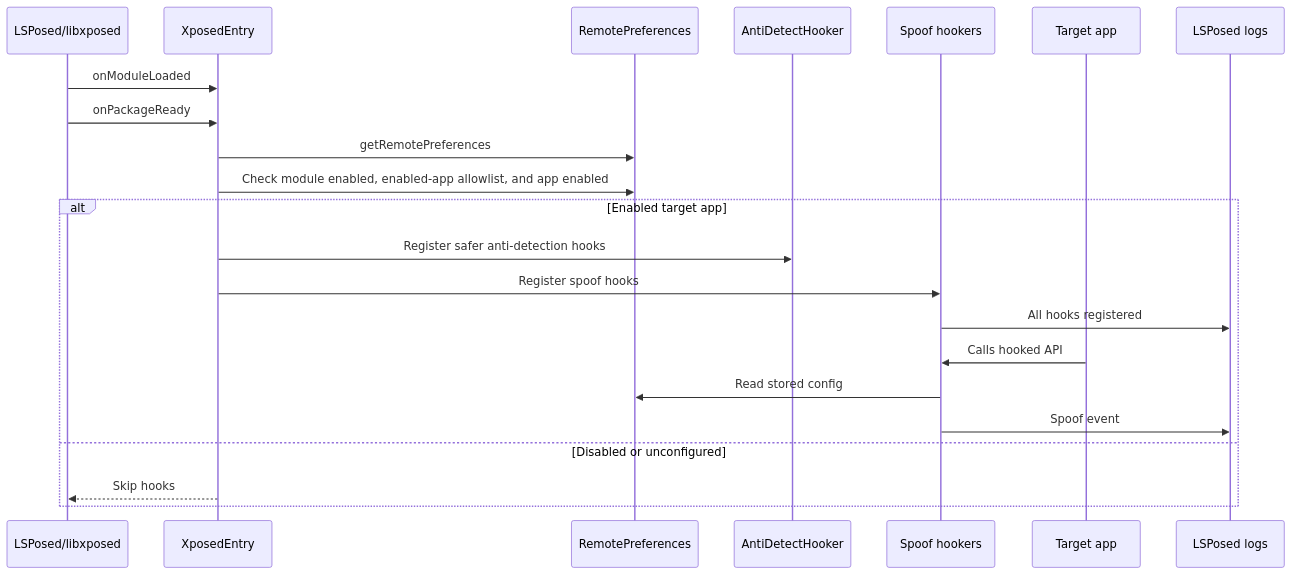
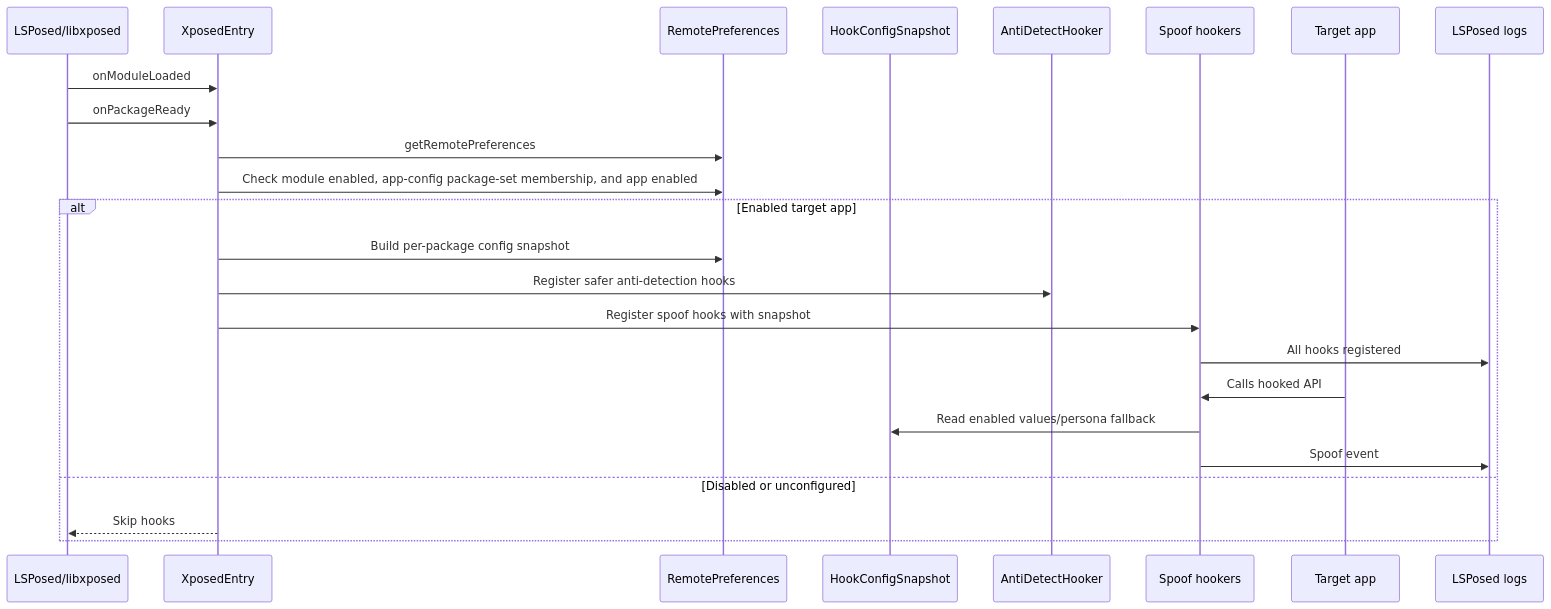
Before and after one commit to mohdakil2426/Device-Masker: the fifth of 7 diagrams in docs/public/ARCHITECTURE.md, drawn with Mermaid. The commit also changed other lines of this file and 16 other files, not shown here.

First line of the commit message:
docs: record performance cleanup architecture

````diff
--- a/docs/public/ARCHITECTURE.md
+++ b/docs/public/ARCHITECTURE.md
@@ -171,25 +172,27 @@
 ```mermaid
 sequenceDiagram
     participant LS as LSPosed/libxposed
     participant Entry as XposedEntry
     participant Prefs as RemotePreferences
+    participant Snapshot as HookConfigSnapshot
     participant Anti as AntiDetectHooker
     participant Hook as Spoof hookers
     participant Target as Target app
     participant Logs as LSPosed logs
 
     LS->>Entry: onModuleLoaded
     LS->>Entry: onPackageReady
     Entry->>Prefs: getRemotePreferences
-    Entry->>Prefs: Check module enabled, enabled-app allowlist, and app enabled
+    Entry->>Prefs: Check module enabled, app-config package-set membership, and app enabled
     alt Enabled target app
+        Entry->>Prefs: Build per-package config snapshot
         Entry->>Anti: Register safer anti-detection hooks
-        Entry->>Hook: Register spoof hooks
+        Entry->>Hook: Register spoof hooks with snapshot
         Hook->>Logs: All hooks registered
         Target->>Hook: Calls hooked API
-        Hook->>Prefs: Read stored config
+        Hook->>Snapshot: Read enabled values/persona fallback
         Hook->>Logs: Spoof event
     else Disabled or unconfigured
         Entry-->>LS: Skip hooks
     end
 ```
````
